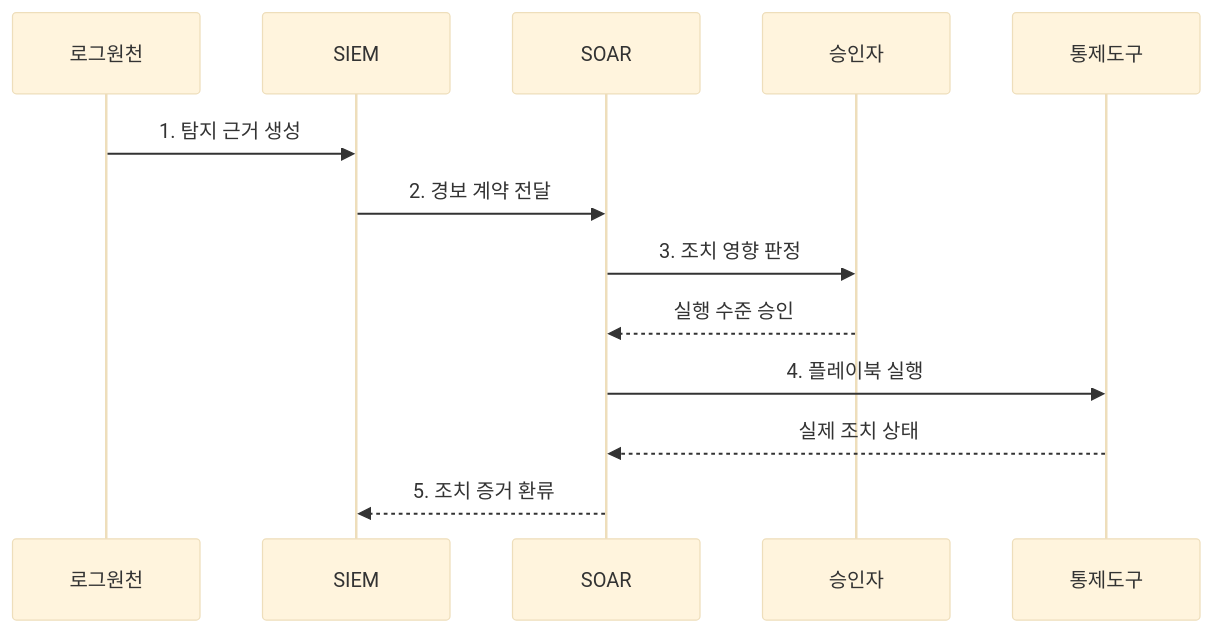
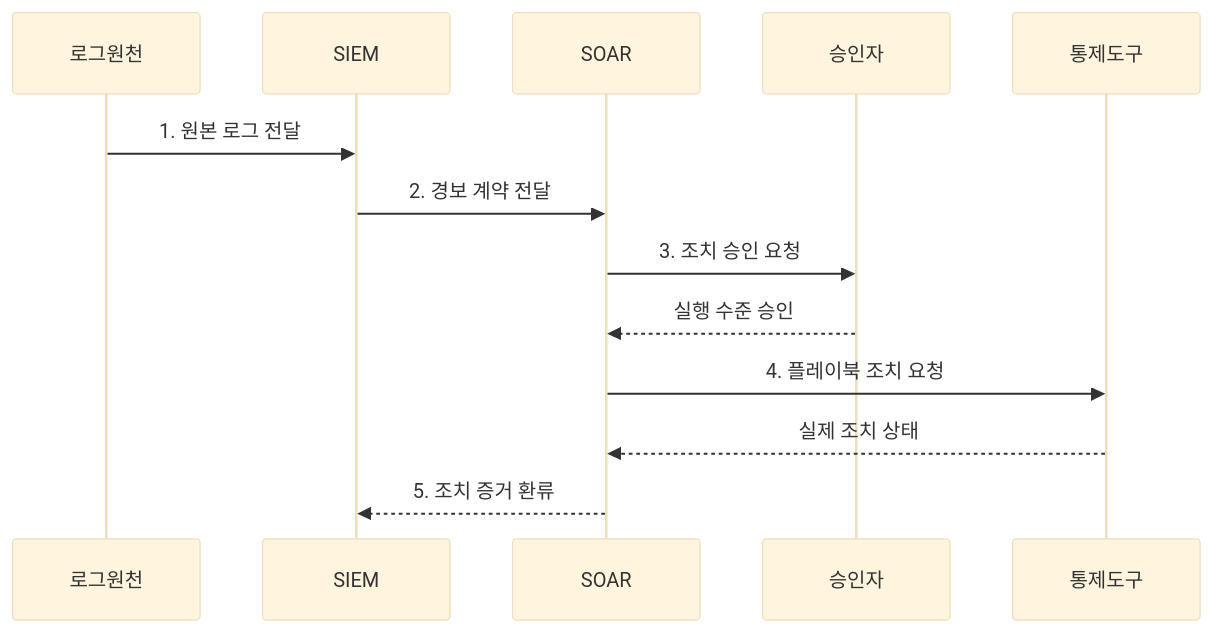
One commit to agnusdei1207/knowledge-base changed the second of 2 diagrams in src/content/docs/notes/04-network/095_siem_vs_soar_comparison.md. Above: the diagram before and after it, drawn with Mermaid (base theme). The commit also changed other lines of this file and 20 other files, not shown here.

````diff
--- a/src/content/docs/notes/04-network/095_siem_vs_soar_comparison.md
+++ b/src/content/docs/notes/04-network/095_siem_vs_soar_comparison.md
@@ -77,15 +83,15 @@
 ```mermaid
 sequenceDiagram
     participant 로그원천
     participant SIEM
     participant SOAR
     participant 승인자
     participant 통제도구
-    로그원천->>SIEM: 1. 탐지 근거 생성
+    로그원천->>SIEM: 1. 원본 로그 전달
     SIEM->>SOAR: 2. 경보 계약 전달
-    SOAR->>승인자: 3. 조치 영향 판정
+    SOAR->>승인자: 3. 조치 승인 요청
     승인자-->>SOAR: 실행 수준 승인
-    SOAR->>통제도구: 4. 플레이북 실행
+    SOAR->>통제도구: 4. 플레이북 조치 요청
     통제도구-->>SOAR: 실제 조치 상태
     SOAR-->>SIEM: 5. 조치 증거 환류
 ```
````
